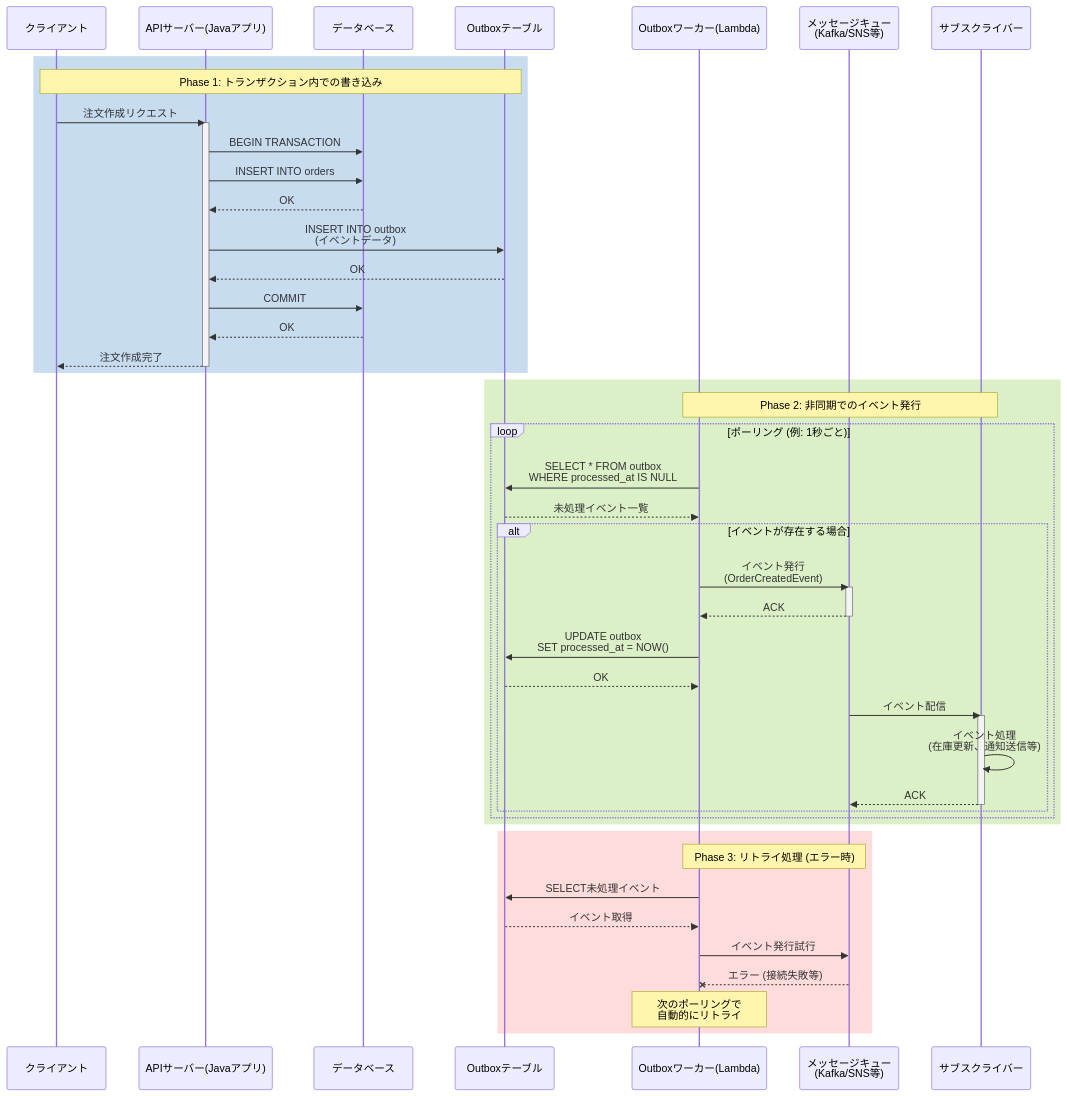
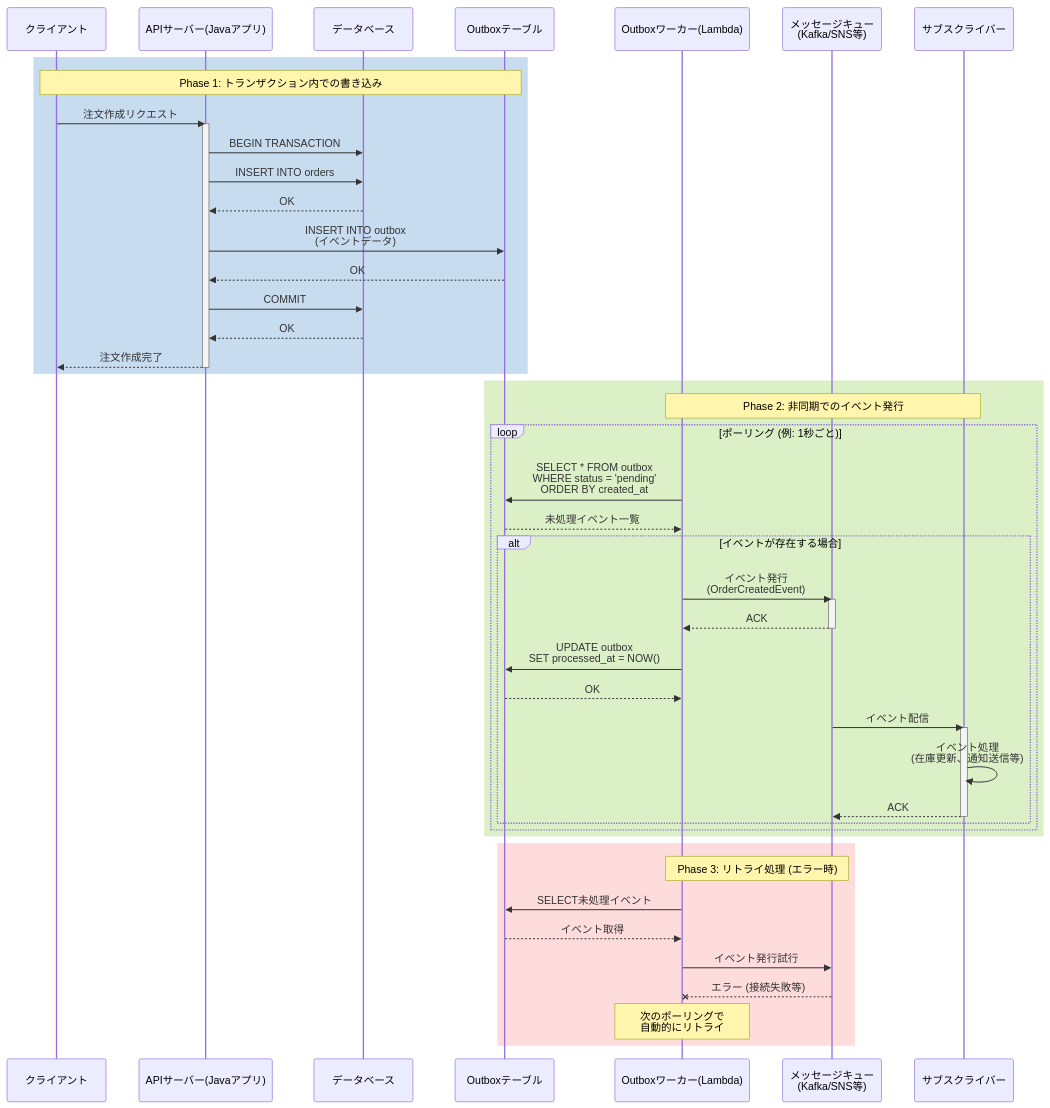
The diagram in public/outbox.md (tttol/qiita-writing), drawn with Mermaid before and after one commit. The commit also changed other lines of this file and 1 other file, not shown here.

````diff
--- a/public/outbox.md
+++ b/public/outbox.md
@@ -76,59 +88,59 @@
 ```mermaid
 sequenceDiagram
     participant Client as クライアント
     participant API as APIサーバー(Javaアプリ)
     participant DB as データベース
     participant Outbox as Outboxテーブル
     participant Worker as Outboxワーカー(Lambda)
     participant MQ as メッセージキュー<br/>(Kafka/SNS等)
     participant Sub as サブスクライバー
 
     %% 通常のフロー
     rect rgb(200, 220, 240)
         Note over Client,Outbox: Phase 1: トランザクション内での書き込み
         Client->>API: 注文作成リクエスト
         activate API
         API->>DB: BEGIN TRANSACTION
         API->>DB: INSERT INTO orders
         DB-->>API: OK
         API->>Outbox: INSERT INTO outbox<br/>(イベントデータ)
         Outbox-->>API: OK
         API->>DB: COMMIT
         DB-->>API: OK
         API-->>Client: 注文作成完了
         deactivate API
     end
 
     rect rgb(220, 240, 200)
         Note over Worker,Sub: Phase 2: 非同期でのイベント発行
         loop ポーリング (例: 1秒ごと)
-            Worker->>Outbox: SELECT * FROM outbox<br/>WHERE processed_at IS NULL
+            Worker->>Outbox: SELECT * FROM outbox<br/>WHERE status = 'pending'<br/>ORDER BY created_at
             Outbox-->>Worker: 未処理イベント一覧
             
             alt イベントが存在する場合
                 Worker->>MQ: イベント発行<br/>(OrderCreatedEvent)
                 activate MQ
                 MQ-->>Worker: ACK
                 deactivate MQ
                 Worker->>Outbox: UPDATE outbox<br/>SET processed_at = NOW()
                 Outbox-->>Worker: OK
                 
                 MQ->>Sub: イベント配信
                 activate Sub
                 Sub->>Sub: イベント処理<br/>(在庫更新、通知送信等)
                 Sub-->>MQ: ACK
                 deactivate Sub
             end
         end
     end
 
     %% エラーケース
     rect rgb(255, 220, 220)
         Note over Worker,MQ: Phase 3: リトライ処理 (エラー時)
         Worker->>Outbox: SELECT未処理イベント
         Outbox-->>Worker: イベント取得
         Worker->>MQ: イベント発行試行
         MQ--xWorker: エラー (接続失敗等)
         Note over Worker: 次のポーリングで<br/>自動的にリトライ
     end
 ```
````
